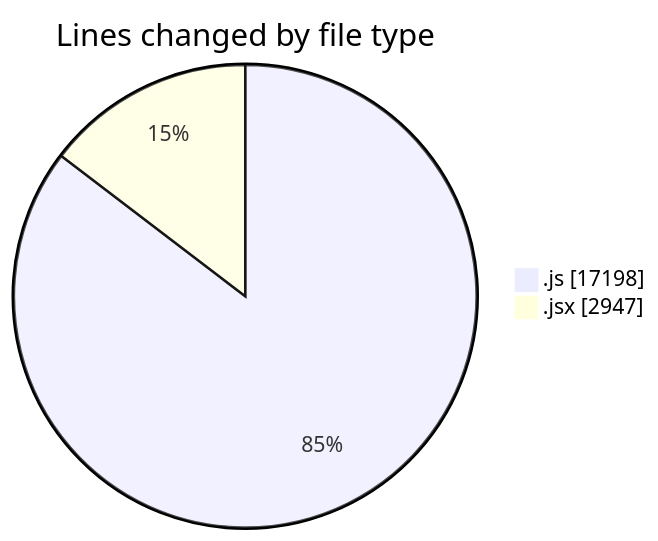
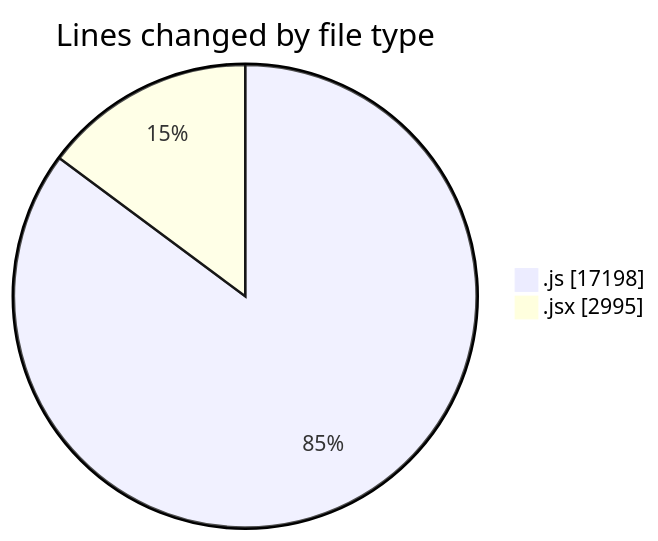
Before and after one commit to nxtqubesakshisongat/code-tracking: the first of 2 diagrams in 2025-09-26/nxtqube_webapp/README.md, drawn with Mermaid. The commit also changed other lines of this file and 1 other file, not shown here.

````diff
--- a/2025-09-26/nxtqube_webapp/README.md
+++ b/2025-09-26/nxtqube_webapp/README.md
@@ -27,6 +27,6 @@
 ```mermaid
 pie showData
 title Lines changed by file type
 ".js" : 17198
-".jsx" : 2947
+".jsx" : 2995
 ```
````
